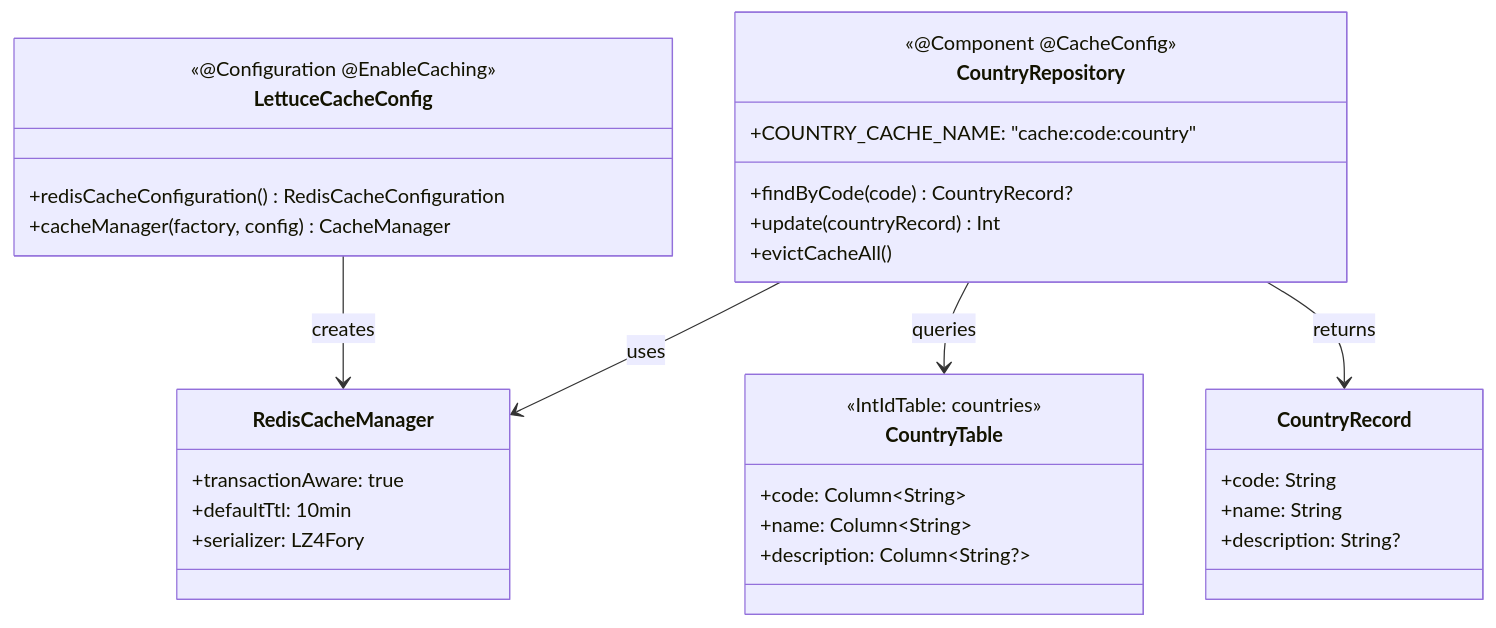
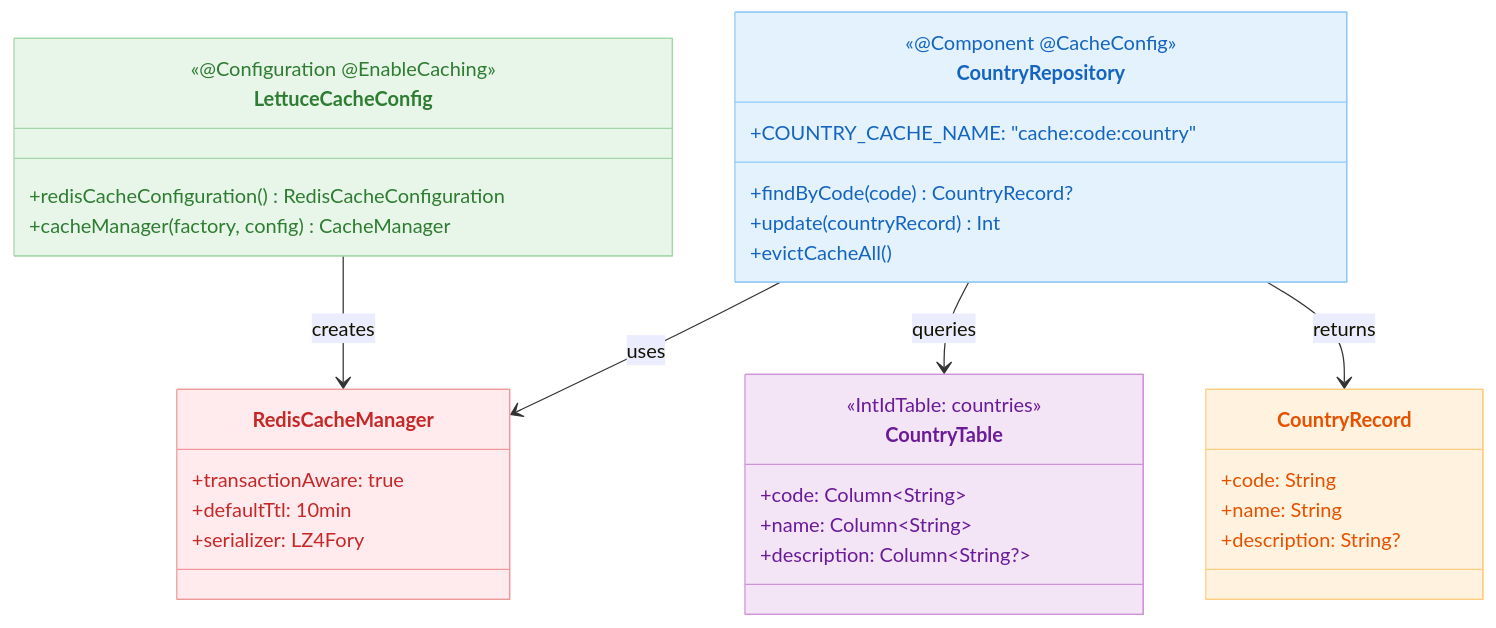
Before and after one commit to bluetape4k/exposed-workshop: the first of 3 diagrams in 09-spring/06-spring-cache/README.md, drawn with Mermaid. The commit also changed other lines of this file and 56 other files, not shown here.

First line of the commit message:
docs: 전체 README mermaid 다이어그램에 파스텔 톤 색상 적용

````diff
--- a/09-spring/06-spring-cache/README.md
+++ b/09-spring/06-spring-cache/README.md
@@ -20,36 +20,42 @@
 ```mermaid
 classDiagram
     class LettuceCacheConfig {
         <<@Configuration @EnableCaching>>
         +redisCacheConfiguration() RedisCacheConfiguration
         +cacheManager(factory, config) CacheManager
     }
     class RedisCacheManager {
         +transactionAware: true
         +defaultTtl: 10min
         +serializer: LZ4Fory
     }
     class CountryRepository {
         <<@Component @CacheConfig>>
         +COUNTRY_CACHE_NAME: "cache:code:country"
         +findByCode(code) CountryRecord?
         +update(countryRecord) Int
         +evictCacheAll()
     }
     class CountryRecord {
         +code: String
         +name: String
         +description: String?
     }
     class CountryTable {
         <<IntIdTable: countries>>
         +code: Column~String~
         +name: Column~String~
         +description: Column~String?~
     }
 
     LettuceCacheConfig --> RedisCacheManager : creates
     CountryRepository --> RedisCacheManager : uses
     CountryRepository --> CountryTable : queries
     CountryRepository --> CountryRecord : returns
+
+    style LettuceCacheConfig fill:#E8F5E9,stroke:#A5D6A7,color:#2E7D32
+    style RedisCacheManager fill:#FFEBEE,stroke:#EF9A9A,color:#C62828
+    style CountryRepository fill:#E3F2FD,stroke:#90CAF9,color:#1565C0
+    style CountryRecord fill:#FFF3E0,stroke:#FFCC80,color:#E65100
+    style CountryTable fill:#F3E5F5,stroke:#CE93D8,color:#6A1B9A
 ```
````
